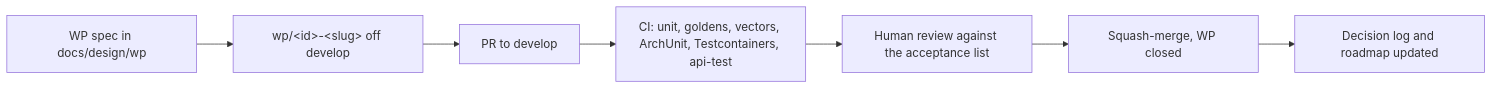
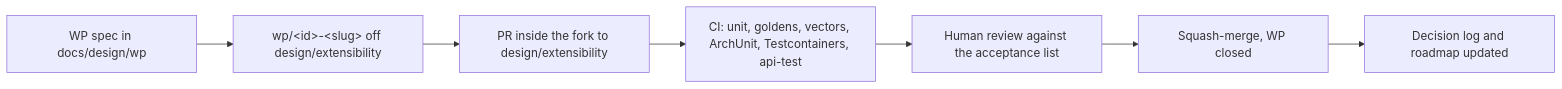
The diagram in docs/design/13-automated-development.md (jainhitesh9998/inji-certify), drawn with Mermaid before and after one commit. The commit also changed other lines of this file and 7 other files, not shown here.

First line of the commit message:
[DESIGN] Record decisions, add fork CI workflow

````diff
--- a/docs/design/13-automated-development.md
+++ b/docs/design/13-automated-development.md
@@ -9,9 +9,9 @@
 ```mermaid
 flowchart LR
-  Spec[WP spec in docs/design/wp] --> Branch[wp/&lt;id&gt;-&lt;slug&gt; off develop]
-  Branch --> PR[PR to develop]
+  Spec[WP spec in docs/design/wp] --> Branch[wp/&lt;id&gt;-&lt;slug&gt; off design/extensibility]
+  Branch --> PR[PR inside the fork to design/extensibility]
   PR --> CI[CI: unit, goldens, vectors, ArchUnit, Testcontainers, api-test]
   CI --> Review[Human review against the acceptance list]
   Review --> Merge[Squash-merge, WP closed]
   Merge --> Log[Decision log and roadmap updated]
 ```
````
